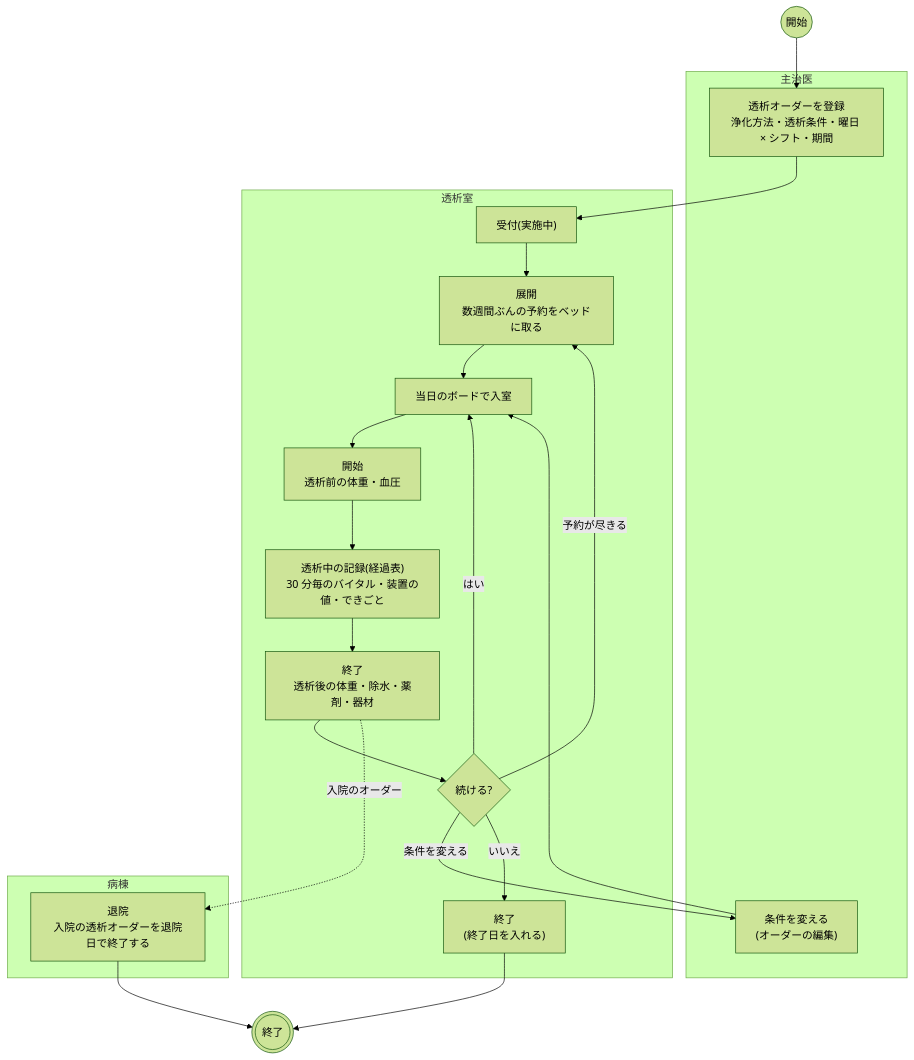
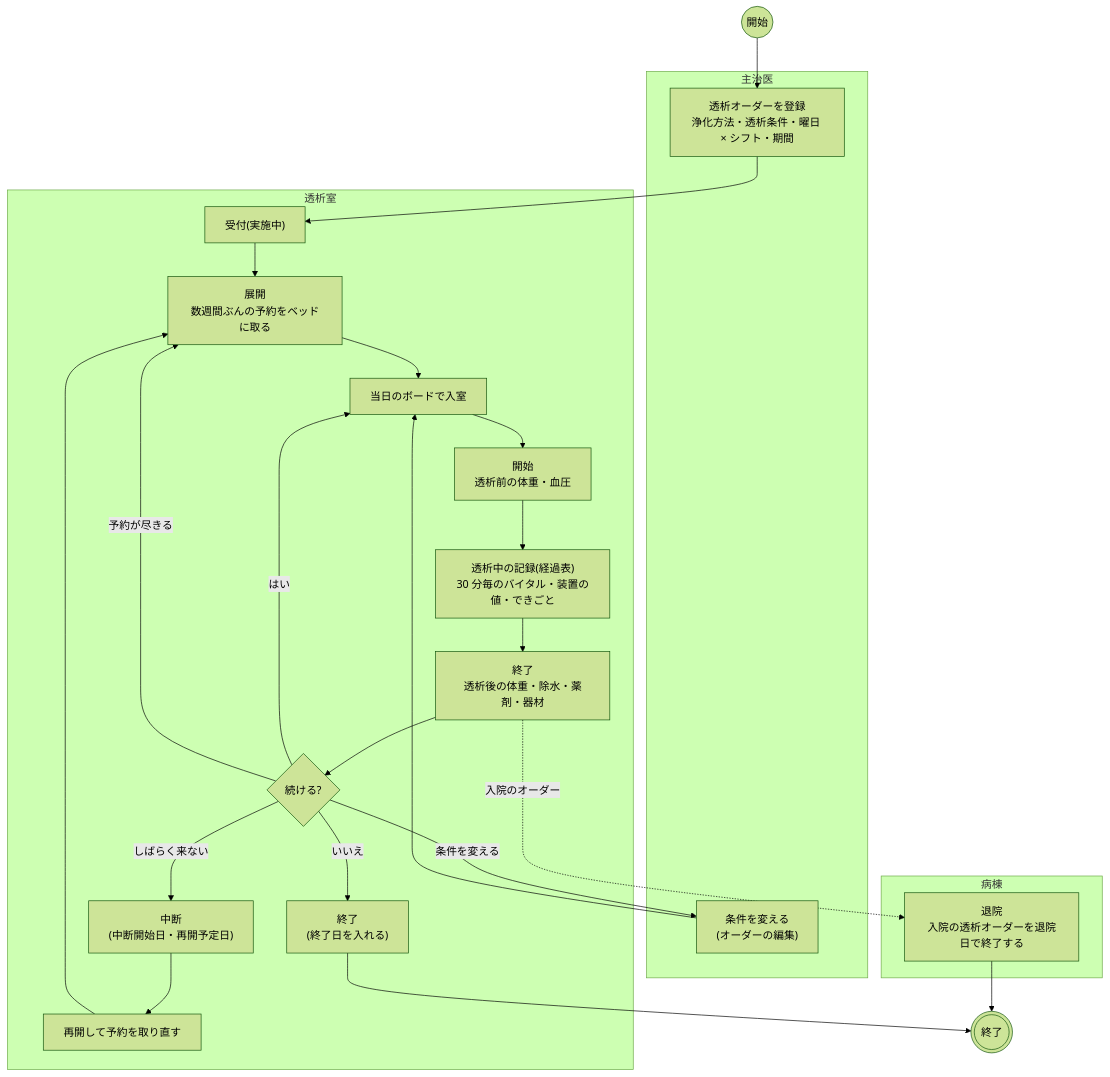
The first of 11 diagrams in docs/order-flows/dialysis.md (ysnr-dev/fhir-client), drawn with Mermaid (forest theme) before and after one commit. The commit also changed other lines of this file and 1 other file, not shown here.

````diff
--- a/docs/order-flows/dialysis.md
+++ b/docs/order-flows/dialysis.md
@@ -39,32 +57,35 @@
 ```mermaid
 flowchart TD
   start(("開始"))
   finish((("終了")))
 
   subgraph doctor["主治医"]
     order["透析オーダーを登録<br/>浄化方法・透析条件・曜日 × シフト・期間"]
     edit["条件を変える<br/>(オーダーの編集)"]
   end
 
   subgraph dept["透析室"]
     accept["受付(実施中)"]
     expand["展開<br/>数週間ぶんの予約をベッドに取る"]
     arrive["当日のボードで入室"]
     begin["開始<br/>透析前の体重・血圧"]
     chart["透析中の記録(経過表)<br/>30 分毎のバイタル・装置の値・できごと"]
     end_["終了<br/>透析後の体重・除水・薬剤・器材"]
     more{"続ける?"}
+    hold["中断<br/>(中断開始日・再開予定日)"]
+    resume["再開して予約を取り直す"]
     close["終了<br/>(終了日を入れる)"]
   end
 
   subgraph ward["病棟"]
     discharge["退院<br/>入院の透析オーダーを退院日で終了する"]
   end
 
   start --> order --> accept --> expand --> arrive --> begin --> chart --> end_ --> more
   more -- "はい" --> arrive
   more -- "予約が尽きる" --> expand
   more -- "条件を変える" --> edit --> arrive
+  more -- "しばらく来ない" --> hold --> resume --> expand
   more -- "いいえ" --> close --> finish
   end_ -. "入院のオーダー" .-> discharge --> finish
 ```
````
